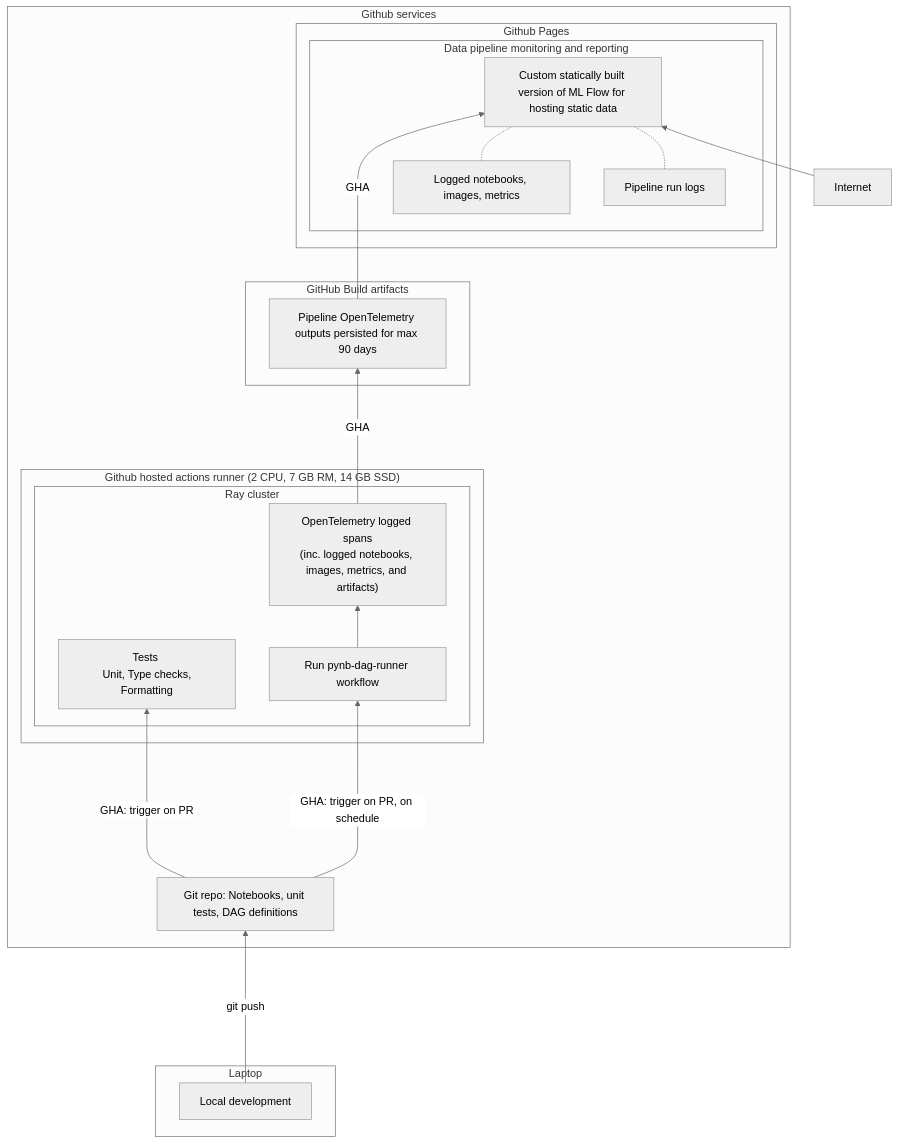
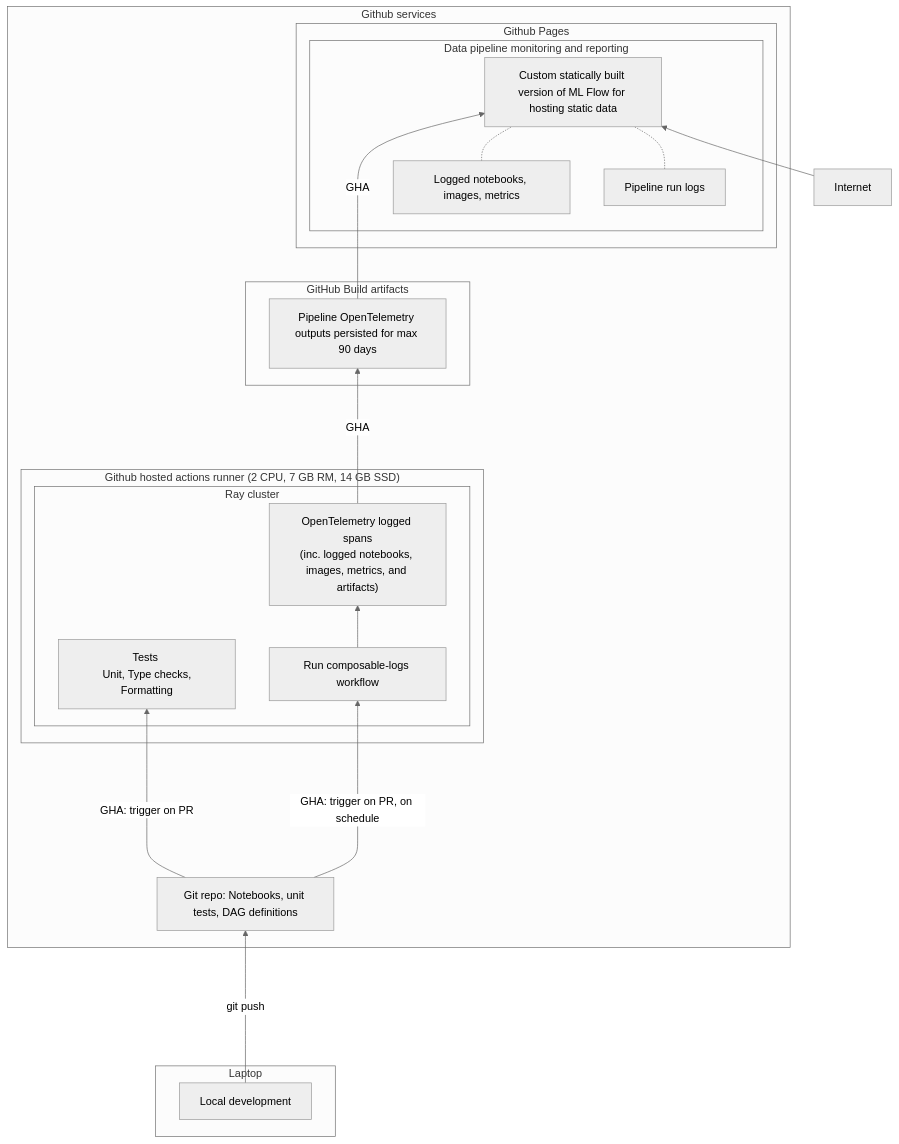
The second of 2 diagrams in docs/docs/live-demos/mnist-digits-demo-pipeline/index.md (composable-logs/composable-logs), drawn with Mermaid (neutral theme) before and after one commit. The commit also changed other lines of this file and 17 other files, not shown here.

Commit message:
pynb-dag-runner -> composable-logs rename (docs) (#218)

````diff
--- a/docs/docs/live-demos/mnist-digits-demo-pipeline/index.md
+++ b/docs/docs/live-demos/mnist-digits-demo-pipeline/index.md
@@ -78,43 +78,43 @@
 ``` mermaid
 graph BT;
 
 subgraph "Laptop"
     laptop[Local development]
 end
 
 subgraph "Github services"
        git_repo[Git repo: Notebooks, unit tests, DAG definitions]
 
        subgraph "Github hosted actions runner (2 CPU, 7 GB RM, 14 GB SSD)"
           subgraph "Ray cluster"
             tests[Tests <br> Unit, Type checks, Formatting]
-            run_pipeline["Run pynb-dag-runner workflow"]
+            run_pipeline["Run composable-logs workflow"]
             otel_logs["OpenTelemetry logged spans<br>(inc. logged notebooks, images, metrics, and artifacts)"]
           end
        end
 
        subgraph "GitHub Build artifacts"
           build_artifacts[Pipeline OpenTelemetry outputs persisted for max 90 days]
        end
 
        subgraph "Github Pages"
           subgraph "Data pipeline monitoring and reporting"
              web_static_mlflow[Custom statically built version of ML Flow for hosting static data]
              web_static_mlflow_data[Logged notebooks, images, metrics]
              web_static_mlflow_logs[Pipeline run logs]
           end
     end
 end
 
 laptop ---->|git push| git_repo
 git_repo ---->|GHA: trigger on PR | tests
 git_repo ---->|GHA: trigger on PR, on schedule | run_pipeline
 run_pipeline --> otel_logs
 otel_logs ---> |GHA| build_artifacts
 
 build_artifacts --->|GHA| web_static_mlflow
 
 web_static_mlflow_data -.- web_static_mlflow
 web_static_mlflow_logs -.- web_static_mlflow
 Internet --> web_static_mlflow
 ```
````
